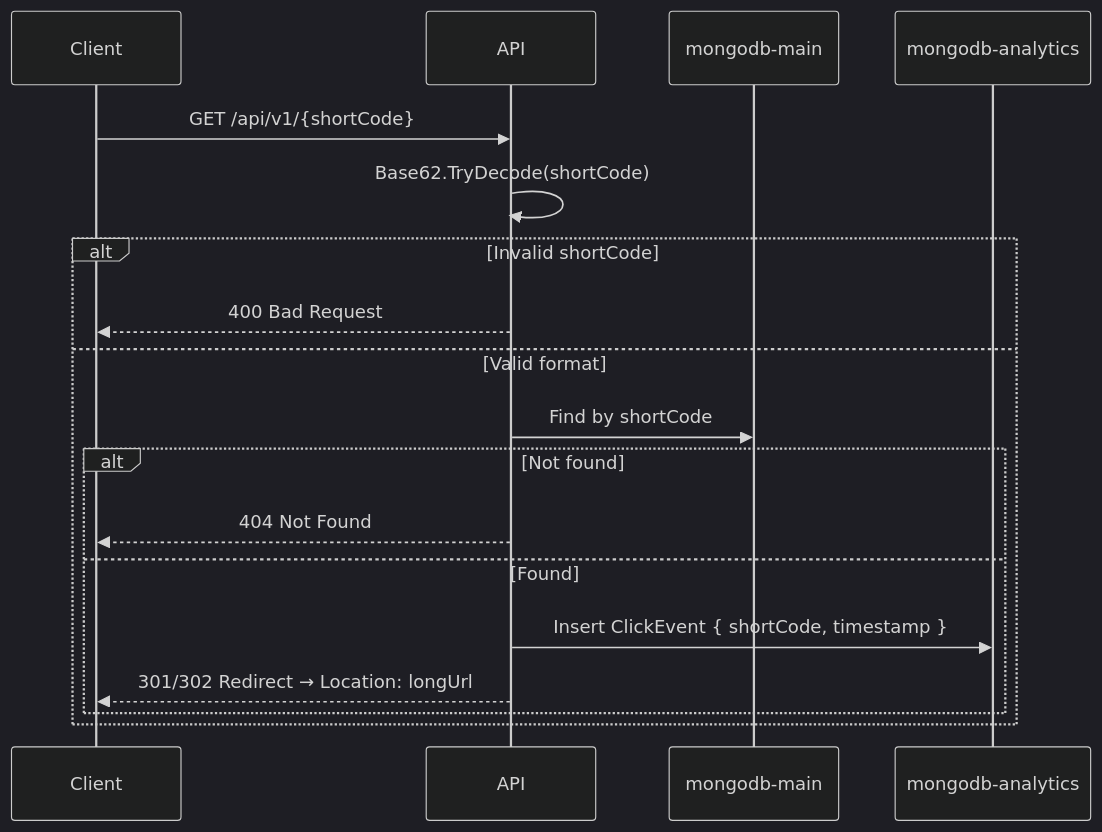
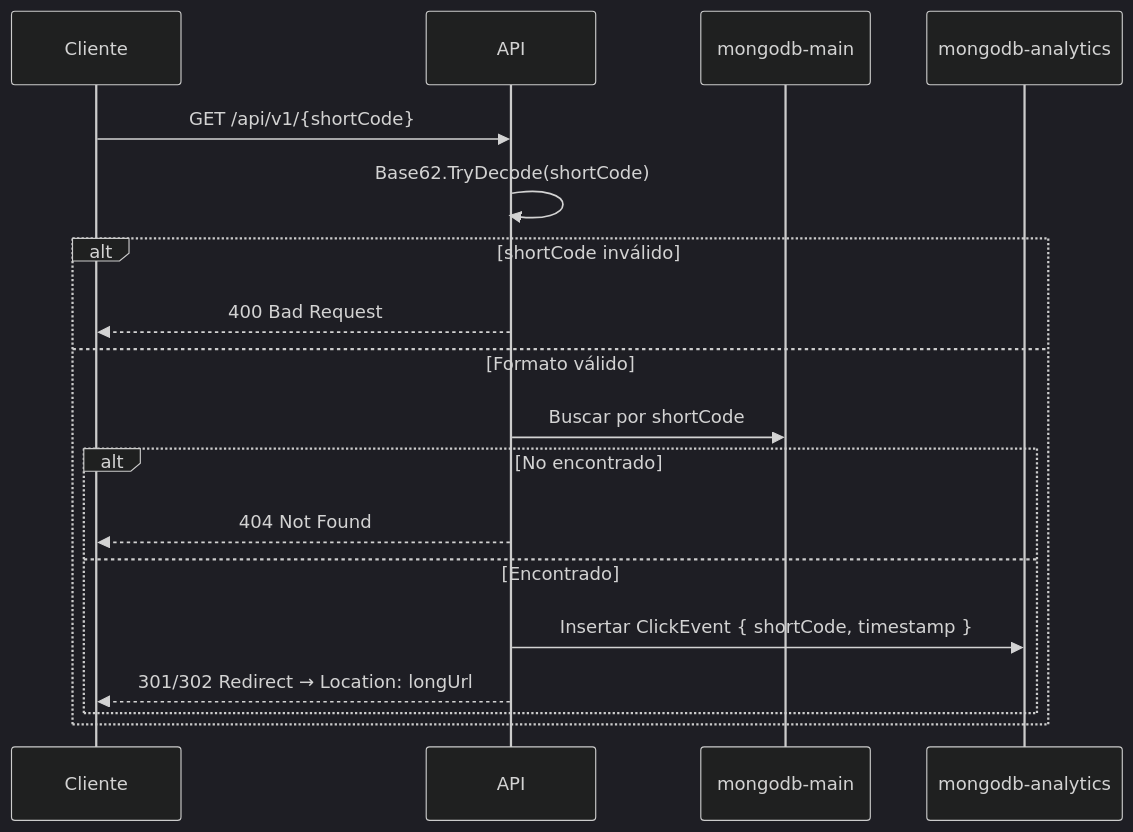
Before and after one commit to Alexander25470/urlShortener: the third of 3 diagrams in DESIGN.md, drawn with Mermaid (dark theme). The commit also changed other lines of this file, not shown here.

````diff
--- a/DESIGN.md
+++ b/DESIGN.md
@@ -76,21 +76,21 @@
 ```mermaid
 sequenceDiagram
-    participant C as Client
+    participant C as Cliente
     participant API as API
     participant M as mongodb-main
     participant A as mongodb-analytics
 
     C->>API: GET /api/v1/{shortCode}
     API->>API: Base62.TryDecode(shortCode)
-    alt Invalid shortCode
+    alt shortCode inválido
         API-->>C: 400 Bad Request
-    else Valid format
-        API->>M: Find by shortCode
-        alt Not found
+    else Formato válido
+        API->>M: Buscar por shortCode
+        alt No encontrado
             API-->>C: 404 Not Found
-        else Found
-            API->>A: Insert ClickEvent { shortCode, timestamp }
+        else Encontrado
+            API->>A: Insertar ClickEvent { shortCode, timestamp }
             API-->>C: 301/302 Redirect → Location: longUrl
         end
     end
 ```
````
